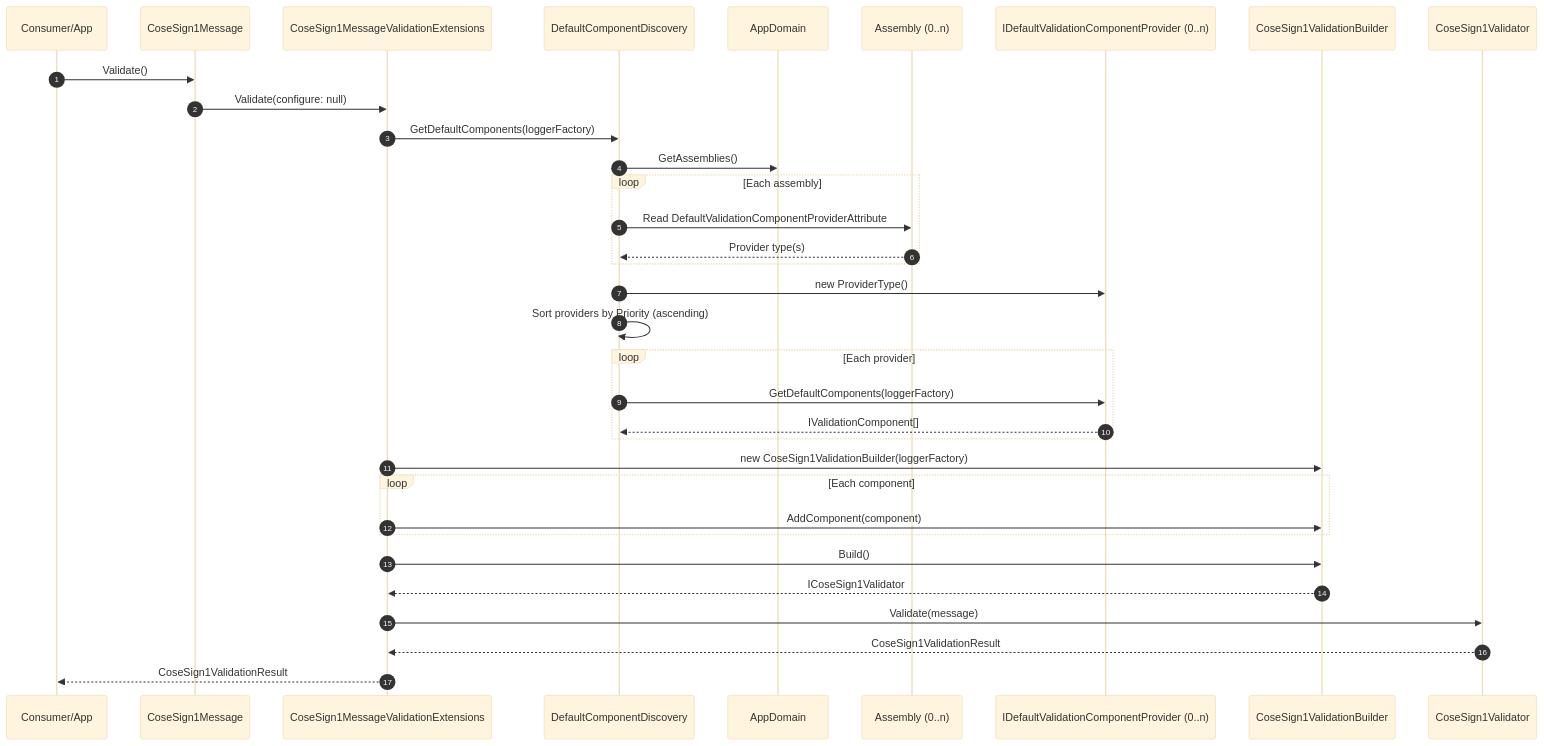
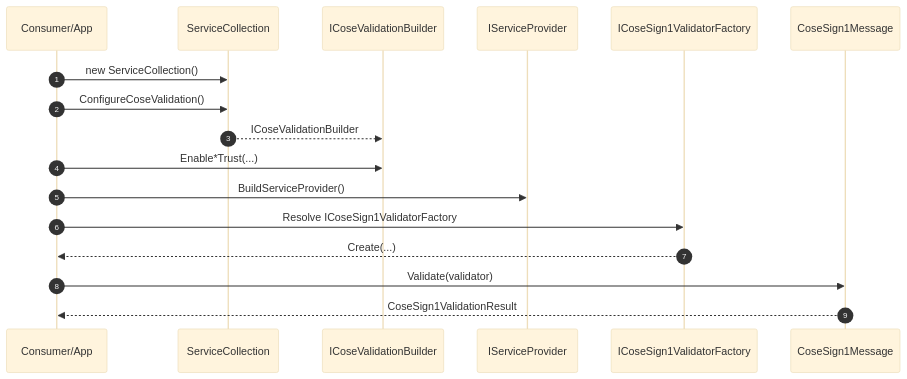
The fourth of 5 diagrams in V2/docs/architecture/sequence-diagrams.md (microsoft/CoseSignTool), drawn with Mermaid (base theme) before and after one commit. The commit also changed other lines of this file and 34 other files, not shown here.

````diff
--- a/V2/docs/architecture/sequence-diagrams.md
+++ b/V2/docs/architecture/sequence-diagrams.md
@@ -172,40 +164,20 @@
 ```mermaid
 sequenceDiagram
     autonumber
     participant App as Consumer/App
+    participant SC as ServiceCollection
+    participant VB as ICoseValidationBuilder
+    participant SP as IServiceProvider
+    participant F as ICoseSign1ValidatorFactory
     participant Msg as CoseSign1Message
-    participant Ext as CoseSign1MessageValidationExtensions
-    participant Disc as DefaultComponentDiscovery
-    participant AD as AppDomain
-    participant Asm as Assembly (0..n)
-    participant Prov as IDefaultValidationComponentProvider (0..n)
-    participant B as CoseSign1ValidationBuilder
-    participant V as CoseSign1Validator
 
-    App->>Msg: Validate()
-    Msg->>Ext: Validate(configure: null)
-
-    Ext->>Disc: GetDefaultComponents(loggerFactory)
-    Disc->>AD: GetAssemblies()
-    loop Each assembly
-        Disc->>Asm: Read DefaultValidationComponentProviderAttribute
-        Asm-->>Disc: Provider type(s)
-    end
-    Disc->>Prov: new ProviderType()
-    Disc->>Disc: Sort providers by Priority (ascending)
-    loop Each provider
-        Disc->>Prov: GetDefaultComponents(loggerFactory)
-        Prov-->>Disc: IValidationComponent[]
-    end
-
-    Ext->>B: new CoseSign1ValidationBuilder(loggerFactory)
-    loop Each component
-        Ext->>B: AddComponent(component)
-    end
-    Ext->>B: Build()
-    B-->>Ext: ICoseSign1Validator
-
-    Ext->>V: Validate(message)
-    V-->>Ext: CoseSign1ValidationResult
-    Ext-->>App: CoseSign1ValidationResult
+    App->>SC: new ServiceCollection()
+    App->>SC: ConfigureCoseValidation()
+    SC-->>VB: ICoseValidationBuilder
+    App->>VB: Enable*Trust(...)
+    App->>SP: BuildServiceProvider()
+    App->>F: Resolve ICoseSign1ValidatorFactory
+    F-->>App: Create(...)
+    App->>Msg: Validate(validator)
+    Msg-->>App: CoseSign1ValidationResult
 ```
````
